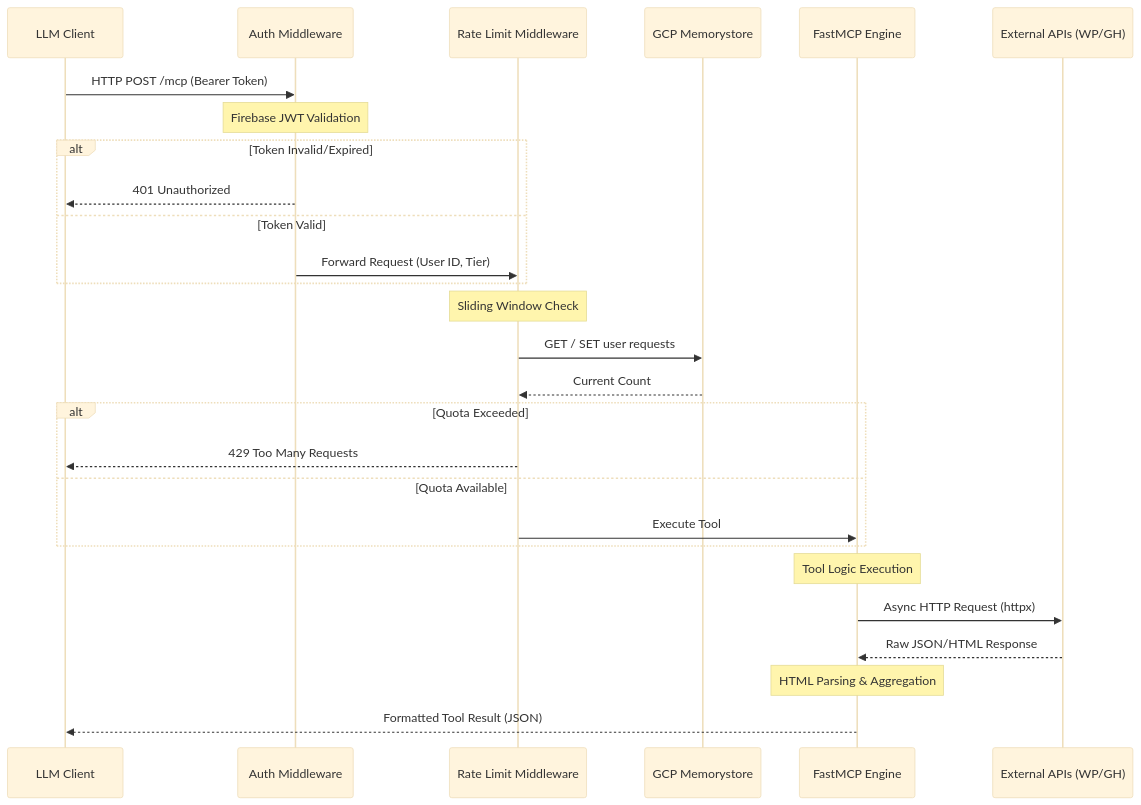
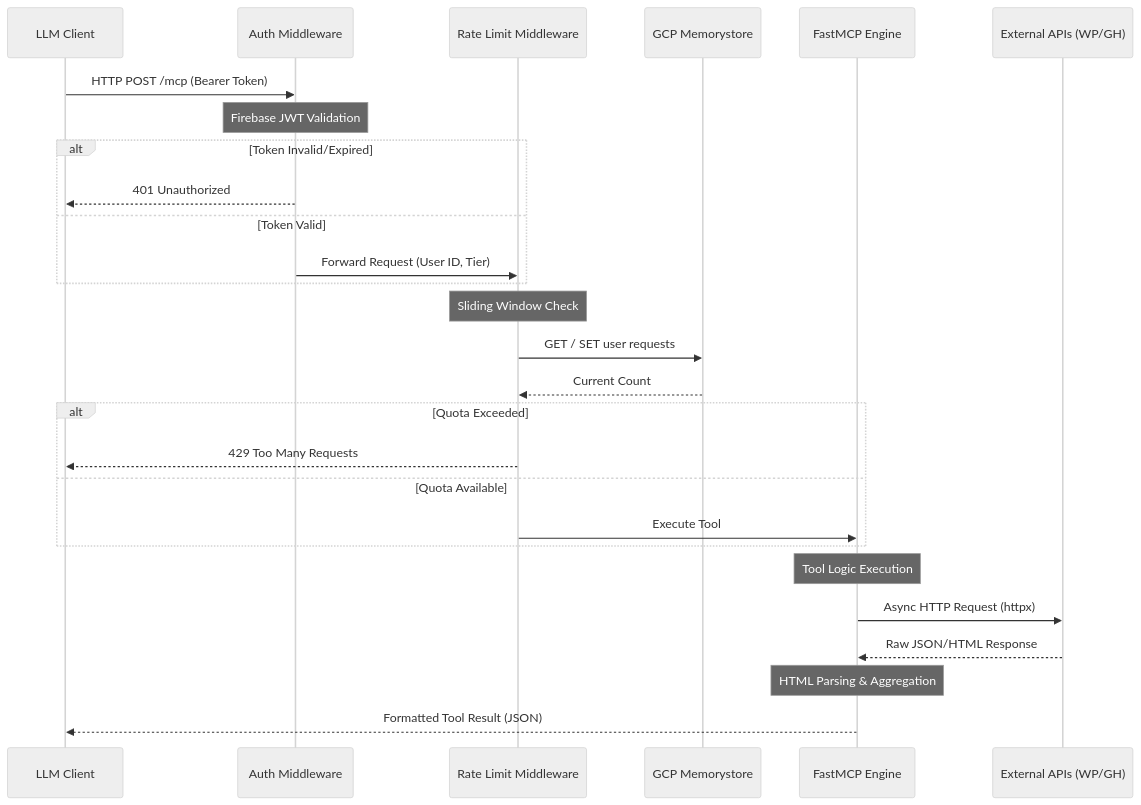
One commit to ambiental-media/jor-mcp changed the second of 2 diagrams in docs/1-technical/architecture.md. Above: the diagram before and after it, drawn with Mermaid. The commit also changed other lines of this file, not shown here.

Commit message:
change diagram theme

````diff
--- a/docs/1-technical/architecture.md
+++ b/docs/1-technical/architecture.md
@@ -51,36 +51,36 @@
 ```mermaid
-%%{init: {'theme': 'base'}}%%
+%%{init: {'theme': 'neutral'}}%%
 sequenceDiagram
     participant C as LLM Client
     participant Auth as Auth Middleware
     participant RL as Rate Limit Middleware
     participant Redis as GCP Memorystore
     participant MCP as FastMCP Engine
     participant Ext as External APIs (WP/GH)
 
     C->>Auth: HTTP POST /mcp (Bearer Token)
     
     Note over Auth: Firebase JWT Validation
     alt Token Invalid/Expired
         Auth-->>C: 401 Unauthorized
     else Token Valid
         Auth->>RL: Forward Request (User ID, Tier)
     end
 
     Note over RL: Sliding Window Check
     RL->>Redis: GET / SET user requests
     Redis-->>RL: Current Count
     
     alt Quota Exceeded
         RL-->>C: 429 Too Many Requests
     else Quota Available
         RL->>MCP: Execute Tool
     end
 
     Note over MCP: Tool Logic Execution
     MCP->>Ext: Async HTTP Request (httpx)
     Ext-->>MCP: Raw JSON/HTML Response
     
     Note over MCP: HTML Parsing & Aggregation
     MCP-->>C: Formatted Tool Result (JSON)
 ```
````
